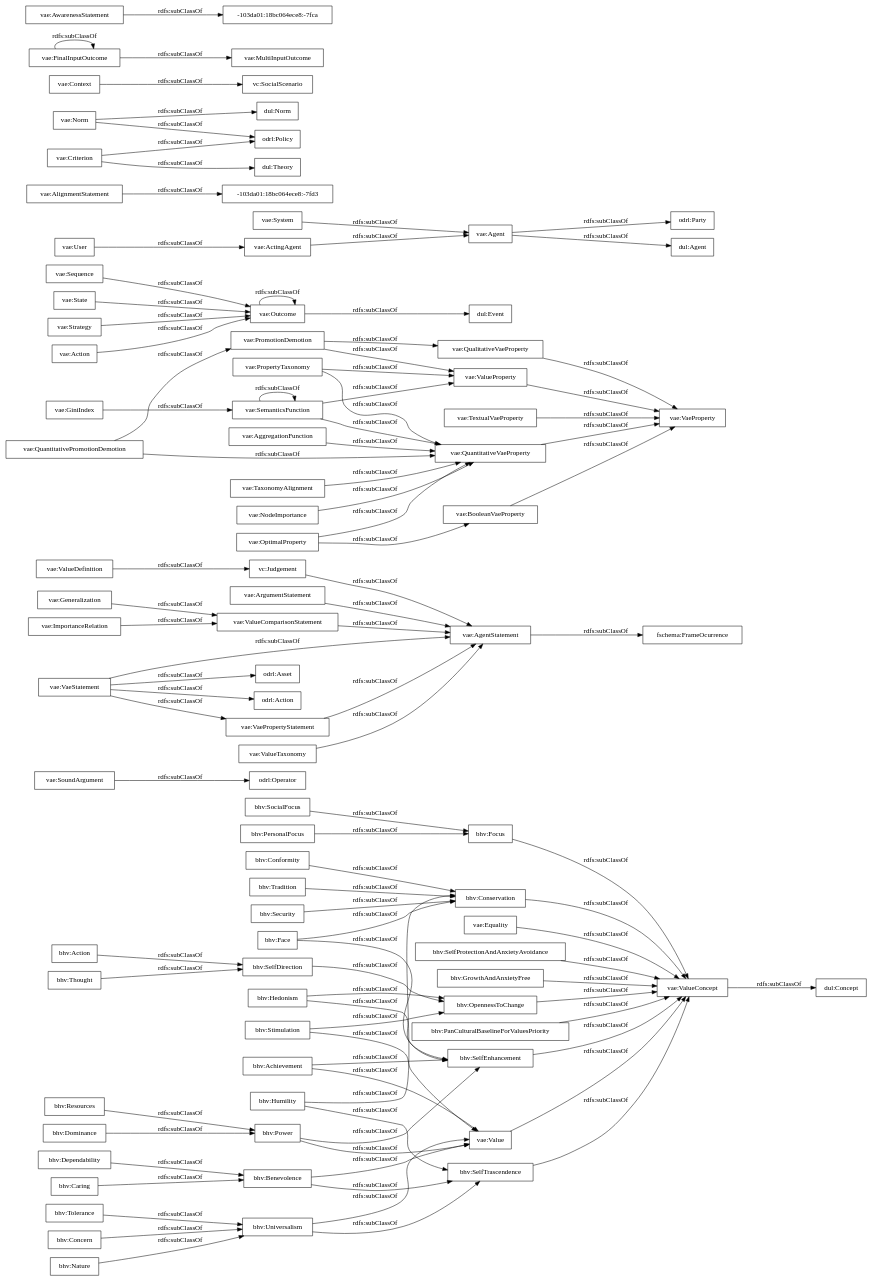
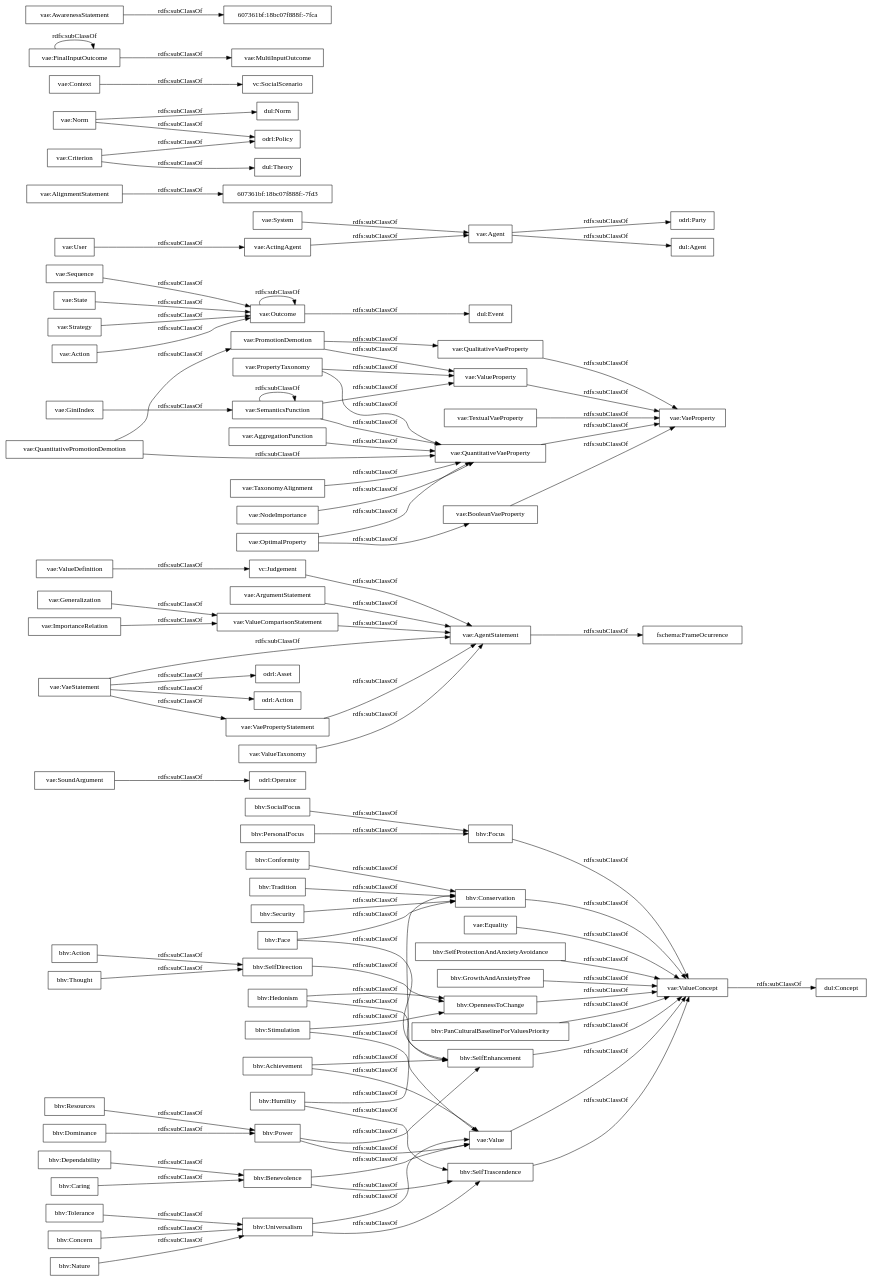
The diagram in OnToology/vaeontology-v000.rdf/diagrams/ar2dtool-taxonomy/vaeontology-v000.rdf.png.dot (andresh26-uam/vae-ontology), drawn with Graphviz before and after one commit. The commit also changed 25 other files, not shown here.

```diff
--- a/OnToology/vaeontology-v000.rdf/diagrams/ar2dtool-taxonomy/vaeontology-v000.rdf.png.dot
+++ b/OnToology/vaeontology-v000.rdf/diagrams/ar2dtool-taxonomy/vaeontology-v000.rdf.png.dot
@@ -1,102 +1,102 @@
 digraph ar2dtool_diagram { 
 rankdir=LR;
 size="1000"
-node [shape = rectangle, color="black"]; "bhv:Stimulation" "odrl:Operator" "vae:ValueDefinition" "vae:PropertyTaxonomy" "bhv:Tolerance" "vae:VaeProperty" "vae:QuantitativeVaeProperty" "vae:Sequence" "odrl:Party" "bhv:Tradition" "vae:Equality" "vae:AlignmentStatement" "bhv:SocialFocus" "dul:Norm" "vae:Context" "bhv:Dominance" "vae:Generalization" "vae:MultiInputOutcome" "vae:TextualVaeProperty" "vae:AwarenessStatement" "bhv:Security" "dul:Agent" "vae:AggregationFunction" "bhv:SelfDirection" "vc:SocialScenario" "vae:System" "vae:AgentStatement" "vae:Outcome" "vae:Value" "odrl:Policy" "dul:Theory" "bhv:SelfProtectionAndAnxietyAvoidance" "vae:Criterion" "fschema:FrameOcurrence" "vae:FinalInputOutcome" "vae:ArgumentStatement" "vae:ValueProperty" "vae:ValueComparisonStatement" "dul:Concept" "bhv:Hedonism" "vae:VaeStatement" "odrl:Asset" "bhv:Concern" "vae:State" "vae:SoundArgument" "vae:ValueConcept" "bhv:GrowthAndAnxietyFree" "bhv:Thought" "bhv:Humility" "vae:QualitativeVaeProperty" "-103da01:18bc064ece8:-7fca" "vae:Strategy" "bhv:Focus" "vae:ActingAgent" "bhv:Power" "-103da01:18bc064ece8:-7fd3" "bhv:Nature" "bhv:Benevolence" "bhv:Achievement" "vae:BooleanVaeProperty" "odrl:Action" "bhv:PanCulturalBaselineForValuesPriority" "vae:ImportanceRelation" "bhv:SelfTrascendence" "vae:Norm" "vae:OptimalProperty" "vae:TaxonomyAlignment" "bhv:Action" "bhv:Caring" "bhv:Resources" "bhv:Face" "vae:ValueTaxonomy" "vae:QuantitativePromotionDemotion" "vae:GiniIndex" "vae:User" "dul:Event" "bhv:Dependability" "bhv:Conformity" "vae:VaePropertyStatement" "bhv:Conservation" "vae:SemanticsFunction" "vae:Agent" "vae:PromotionDemotion" "vae:Action" "vae:NodeImportance" "bhv:Universalism" "bhv:SelfEnhancement" "vc:Judgement" "bhv:OpennessToChange" "bhv:PersonalFocus" ; /*classes style*/
+node [shape = rectangle, color="black"]; "bhv:Stimulation" "odrl:Operator" "vae:ValueDefinition" "vae:PropertyTaxonomy" "bhv:Tolerance" "vae:VaeProperty" "vae:QuantitativeVaeProperty" "vae:Sequence" "odrl:Party" "bhv:Tradition" "vae:Equality" "vae:AlignmentStatement" "bhv:SocialFocus" "dul:Norm" "vae:Context" "bhv:Dominance" "vae:Generalization" "vae:MultiInputOutcome" "vae:TextualVaeProperty" "vae:AwarenessStatement" "bhv:Security" "dul:Agent" "vae:AggregationFunction" "bhv:SelfDirection" "vc:SocialScenario" "vae:System" "vae:Outcome" "vae:AgentStatement" "vae:Value" "odrl:Policy" "dul:Theory" "bhv:SelfProtectionAndAnxietyAvoidance" "vae:Criterion" "fschema:FrameOcurrence" "vae:FinalInputOutcome" "vae:ArgumentStatement" "vae:ValueProperty" "vae:ValueComparisonStatement" "607361bf:18bc07f888f:-7fca" "dul:Concept" "bhv:Hedonism" "vae:VaeStatement" "odrl:Asset" "bhv:Concern" "vae:State" "vae:SoundArgument" "vae:ValueConcept" "bhv:GrowthAndAnxietyFree" "bhv:Thought" "bhv:Humility" "vae:QualitativeVaeProperty" "vae:Strategy" "bhv:Focus" "vae:ActingAgent" "bhv:Power" "bhv:Nature" "bhv:Benevolence" "bhv:Achievement" "vae:BooleanVaeProperty" "odrl:Action" "bhv:PanCulturalBaselineForValuesPriority" "vae:ImportanceRelation" "bhv:SelfTrascendence" "vae:Norm" "vae:OptimalProperty" "vae:TaxonomyAlignment" "bhv:Action" "bhv:Caring" "bhv:Resources" "bhv:Face" "vae:ValueTaxonomy" "vae:QuantitativePromotionDemotion" "vae:GiniIndex" "vae:User" "dul:Event" "bhv:Dependability" "bhv:Conformity" "607361bf:18bc07f888f:-7fd3" "vae:VaePropertyStatement" "bhv:Conservation" "vae:SemanticsFunction" "vae:Agent" "vae:PromotionDemotion" "vae:Action" "vae:NodeImportance" "bhv:Universalism" "vc:Judgement" "bhv:SelfEnhancement" "bhv:OpennessToChange" "bhv:PersonalFocus" ; /*classes style*/
 	"vae:GiniIndex" -> "vae:SemanticsFunction" [ label = "rdfs:subClassOf" ];
 	"vae:Strategy" -> "vae:Outcome" [ label = "rdfs:subClassOf" ];
 	"bhv:Face" -> "bhv:SelfEnhancement" [ label = "rdfs:subClassOf" ];
 	"bhv:Face" -> "bhv:Conservation" [ label = "rdfs:subClassOf" ];
 	"bhv:Universalism" -> "bhv:SelfTrascendence" [ label = "rdfs:subClassOf" ];
 	"bhv:Universalism" -> "vae:Value" [ label = "rdfs:subClassOf" ];
 	"bhv:Power" -> "bhv:SelfEnhancement" [ label = "rdfs:subClassOf" ];
 	"bhv:Power" -> "vae:Value" [ label = "rdfs:subClassOf" ];
 	"vae:Outcome" -> "vae:Outcome" [ label = "rdfs:subClassOf" ];
 	"vae:Outcome" -> "dul:Event" [ label = "rdfs:subClassOf" ];
 	"vae:ValueComparisonStatement" -> "vae:AgentStatement" [ label = "rdfs:subClassOf" ];
 	"vae:Sequence" -> "vae:Outcome" [ label = "rdfs:subClassOf" ];
 	"vae:Generalization" -> "vae:ValueComparisonStatement" [ label = "rdfs:subClassOf" ];
 	"vae:OptimalProperty" -> "vae:QuantitativeVaeProperty" [ label = "rdfs:subClassOf" ];
 	"vae:OptimalProperty" -> "vae:BooleanVaeProperty" [ label = "rdfs:subClassOf" ];
 	"vae:SemanticsFunction" -> "vae:ValueProperty" [ label = "rdfs:subClassOf" ];
 	"vae:SemanticsFunction" -> "vae:SemanticsFunction" [ label = "rdfs:subClassOf" ];
 	"vae:SemanticsFunction" -> "vae:QuantitativeVaeProperty" [ label = "rdfs:subClassOf" ];
 	"bhv:OpennessToChange" -> "vae:ValueConcept" [ label = "rdfs:subClassOf" ];
 	"vae:AgentStatement" -> "fschema:FrameOcurrence" [ label = "rdfs:subClassOf" ];
 	"vae:BooleanVaeProperty" -> "vae:VaeProperty" [ label = "rdfs:subClassOf" ];
 	"vae:Norm" -> "odrl:Policy" [ label = "rdfs:subClassOf" ];
 	"vae:Norm" -> "dul:Norm" [ label = "rdfs:subClassOf" ];
 	"bhv:Tolerance" -> "bhv:Universalism" [ label = "rdfs:subClassOf" ];
 	"bhv:Tradition" -> "bhv:Conservation" [ label = "rdfs:subClassOf" ];
 	"vae:ValueTaxonomy" -> "vae:AgentStatement" [ label = "rdfs:subClassOf" ];
 	"bhv:Nature" -> "bhv:Universalism" [ label = "rdfs:subClassOf" ];
 	"bhv:SelfTrascendence" -> "vae:ValueConcept" [ label = "rdfs:subClassOf" ];
 	"vae:VaeStatement" -> "vae:VaePropertyStatement" [ label = "rdfs:subClassOf" ];
 	"vae:VaeStatement" -> "vae:AgentStatement" [ label = "rdfs:subClassOf" ];
 	"vae:VaeStatement" -> "odrl:Asset" [ label = "rdfs:subClassOf" ];
 	"vae:VaeStatement" -> "odrl:Action" [ label = "rdfs:subClassOf" ];
 	"bhv:Resources" -> "bhv:Power" [ label = "rdfs:subClassOf" ];
 	"bhv:SocialFocus" -> "bhv:Focus" [ label = "rdfs:subClassOf" ];
 	"vae:Context" -> "vc:SocialScenario" [ label = "rdfs:subClassOf" ];
 	"bhv:Focus" -> "vae:ValueConcept" [ label = "rdfs:subClassOf" ];
 	"vae:Equality" -> "vae:ValueConcept" [ label = "rdfs:subClassOf" ];
 	"bhv:SelfEnhancement" -> "vae:ValueConcept" [ label = "rdfs:subClassOf" ];
 	"bhv:Benevolence" -> "bhv:SelfTrascendence" [ label = "rdfs:subClassOf" ];
 	"bhv:Benevolence" -> "vae:Value" [ label = "rdfs:subClassOf" ];
 	"bhv:Caring" -> "bhv:Benevolence" [ label = "rdfs:subClassOf" ];
 	"bhv:Concern" -> "bhv:Universalism" [ label = "rdfs:subClassOf" ];
 	"vae:Criterion" -> "odrl:Policy" [ label = "rdfs:subClassOf" ];
 	"vae:Criterion" -> "dul:Theory" [ label = "rdfs:subClassOf" ];
 	"vae:PromotionDemotion" -> "vae:ValueProperty" [ label = "rdfs:subClassOf" ];
 	"vae:PromotionDemotion" -> "vae:QualitativeVaeProperty" [ label = "rdfs:subClassOf" ];
 	"bhv:Achievement" -> "bhv:SelfEnhancement" [ label = "rdfs:subClassOf" ];
 	"bhv:Achievement" -> "vae:Value" [ label = "rdfs:subClassOf" ];
 	"bhv:GrowthAndAnxietyFree" -> "vae:ValueConcept" [ label = "rdfs:subClassOf" ];
 	"vae:System" -> "vae:Agent" [ label = "rdfs:subClassOf" ];
 	"vae:ArgumentStatement" -> "vae:AgentStatement" [ label = "rdfs:subClassOf" ];
 	"vae:ValueProperty" -> "vae:VaeProperty" [ label = "rdfs:subClassOf" ];
 	"bhv:Action" -> "bhv:SelfDirection" [ label = "rdfs:subClassOf" ];
 	"vae:NodeImportance" -> "vae:QuantitativeVaeProperty" [ label = "rdfs:subClassOf" ];
 	"vae:PropertyTaxonomy" -> "vae:ValueProperty" [ label = "rdfs:subClassOf" ];
 	"vae:PropertyTaxonomy" -> "vae:QuantitativeVaeProperty" [ label = "rdfs:subClassOf" ];
 	"vae:State" -> "vae:Outcome" [ label = "rdfs:subClassOf" ];
 	"bhv:Conservation" -> "vae:ValueConcept" [ label = "rdfs:subClassOf" ];
 	"vae:VaePropertyStatement" -> "vae:AgentStatement" [ label = "rdfs:subClassOf" ];
 	"vae:User" -> "vae:ActingAgent" [ label = "rdfs:subClassOf" ];
 	"vae:SoundArgument" -> "odrl:Operator" [ label = "rdfs:subClassOf" ];
 	"bhv:Security" -> "bhv:Conservation" [ label = "rdfs:subClassOf" ];
 	"bhv:Conformity" -> "bhv:Conservation" [ label = "rdfs:subClassOf" ];
 	"vc:Judgement" -> "vae:AgentStatement" [ label = "rdfs:subClassOf" ];
 	"bhv:Thought" -> "bhv:SelfDirection" [ label = "rdfs:subClassOf" ];
 	"vae:FinalInputOutcome" -> "vae:MultiInputOutcome" [ label = "rdfs:subClassOf" ];
 	"vae:FinalInputOutcome" -> "vae:FinalInputOutcome" [ label = "rdfs:subClassOf" ];
 	"bhv:SelfProtectionAndAnxietyAvoidance" -> "vae:ValueConcept" [ label = "rdfs:subClassOf" ];
 	"vae:ValueDefinition" -> "vc:Judgement" [ label = "rdfs:subClassOf" ];
 	"vae:TaxonomyAlignment" -> "vae:QuantitativeVaeProperty" [ label = "rdfs:subClassOf" ];
 	"bhv:Stimulation" -> "bhv:OpennessToChange" [ label = "rdfs:subClassOf" ];
 	"bhv:Stimulation" -> "vae:Value" [ label = "rdfs:subClassOf" ];
 	"vae:TextualVaeProperty" -> "vae:VaeProperty" [ label = "rdfs:subClassOf" ];
 	"vae:Action" -> "vae:Outcome" [ label = "rdfs:subClassOf" ];
 	"vae:AggregationFunction" -> "vae:QuantitativeVaeProperty" [ label = "rdfs:subClassOf" ];
-	"vae:AwarenessStatement" -> "-103da01:18bc064ece8:-7fca" [ label = "rdfs:subClassOf" ];
+	"vae:AwarenessStatement" -> "607361bf:18bc07f888f:-7fca" [ label = "rdfs:subClassOf" ];
 	"bhv:Dominance" -> "bhv:Power" [ label = "rdfs:subClassOf" ];
 	"vae:QualitativeVaeProperty" -> "vae:VaeProperty" [ label = "rdfs:subClassOf" ];
 	"vae:Agent" -> "odrl:Party" [ label = "rdfs:subClassOf" ];
 	"vae:Agent" -> "dul:Agent" [ label = "rdfs:subClassOf" ];
 	"bhv:PanCulturalBaselineForValuesPriority" -> "vae:ValueConcept" [ label = "rdfs:subClassOf" ];
 	"vae:Value" -> "vae:ValueConcept" [ label = "rdfs:subClassOf" ];
 	"vae:QuantitativeVaeProperty" -> "vae:VaeProperty" [ label = "rdfs:subClassOf" ];
 	"vae:QuantitativePromotionDemotion" -> "vae:QuantitativeVaeProperty" [ label = "rdfs:subClassOf" ];
 	"vae:QuantitativePromotionDemotion" -> "vae:PromotionDemotion" [ label = "rdfs:subClassOf" ];
 	"bhv:Dependability" -> "bhv:Benevolence" [ label = "rdfs:subClassOf" ];
 	"vae:ImportanceRelation" -> "vae:ValueComparisonStatement" [ label = "rdfs:subClassOf" ];
 	"vae:ValueConcept" -> "dul:Concept" [ label = "rdfs:subClassOf" ];
 	"bhv:Hedonism" -> "bhv:SelfEnhancement" [ label = "rdfs:subClassOf" ];
 	"bhv:Hedonism" -> "bhv:OpennessToChange" [ label = "rdfs:subClassOf" ];
 	"bhv:PersonalFocus" -> "bhv:Focus" [ label = "rdfs:subClassOf" ];
 	"bhv:SelfDirection" -> "bhv:OpennessToChange" [ label = "rdfs:subClassOf" ];
-	"vae:AlignmentStatement" -> "-103da01:18bc064ece8:-7fd3" [ label = "rdfs:subClassOf" ];
+	"vae:AlignmentStatement" -> "607361bf:18bc07f888f:-7fd3" [ label = "rdfs:subClassOf" ];
 	"vae:ActingAgent" -> "vae:Agent" [ label = "rdfs:subClassOf" ];
 	"bhv:Humility" -> "bhv:SelfTrascendence" [ label = "rdfs:subClassOf" ];
 	"bhv:Humility" -> "bhv:Conservation" [ label = "rdfs:subClassOf" ];
 
 }
```
